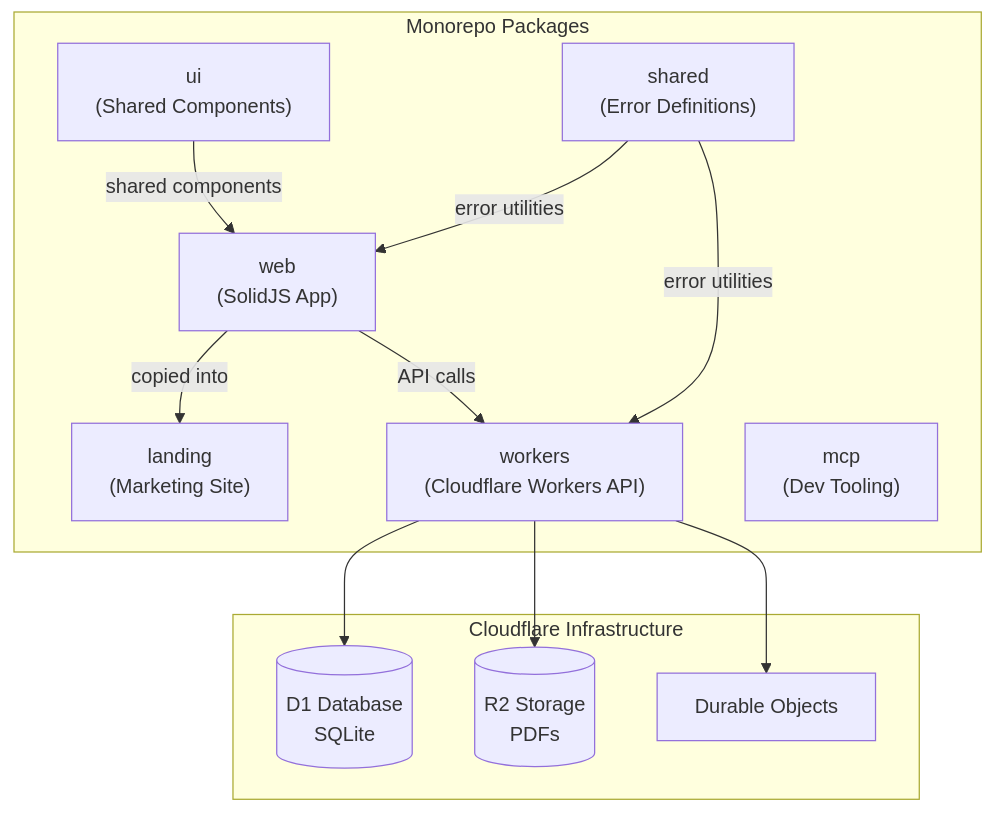
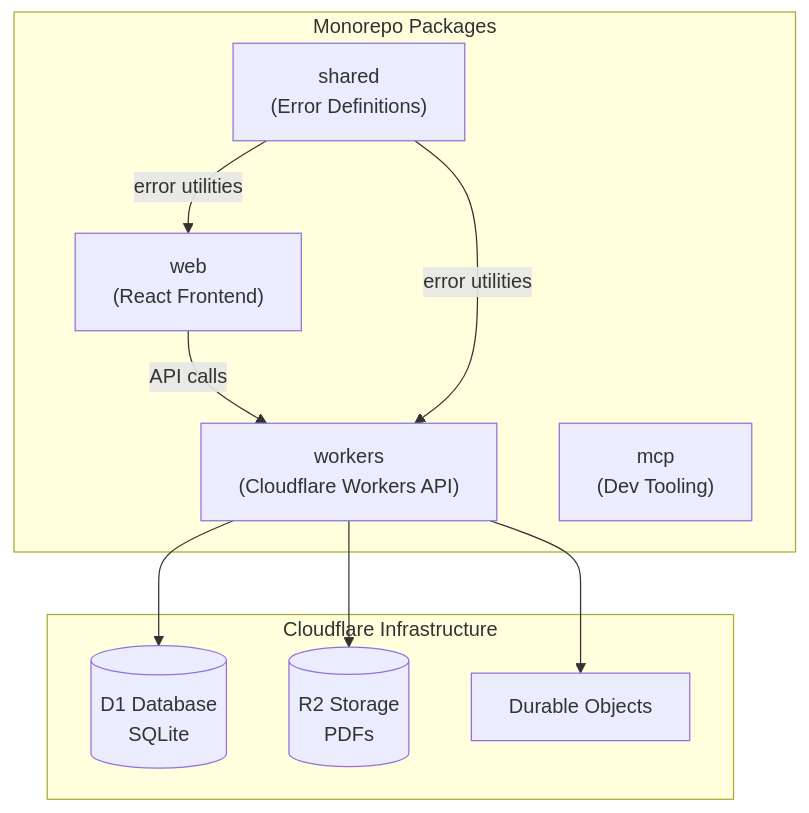
Before and after one commit to InfinityBowman/corates: the diagram in packages/docs/architecture/diagrams/01-package-architecture.md, drawn with Mermaid. The commit also changed other lines of this file and 567 other files, not shown here.

Commit message:
rename landing to web

````diff
--- a/packages/docs/architecture/diagrams/01-package-architecture.md
+++ b/packages/docs/architecture/diagrams/01-package-architecture.md
@@ -5,26 +5,22 @@
 ```mermaid
 graph TB
     subgraph "Monorepo Packages"
-        landing["landing<br/>(Marketing Site)"]
-        web["web<br/>(SolidJS App)"]
+        web["web<br/>(React Frontend)"]
         workers["workers<br/>(Cloudflare Workers API)"]
-        ui["ui<br/>(Shared Components)"]
         shared["shared<br/>(Error Definitions)"]
         mcp["mcp<br/>(Dev Tooling)"]
     end
 
     subgraph "Cloudflare Infrastructure"
         D1[(D1 Database<br/>SQLite)]
         R2[(R2 Storage<br/>PDFs)]
         DO["Durable Objects"]
     end
 
-    web -->|"copied into"| landing
     web -->|"API calls"| workers
-    ui -->|"shared components"| web
     shared -->|"error utilities"| web
     shared -->|"error utilities"| workers
     workers --> D1
     workers --> R2
     workers --> DO
 ```
````
